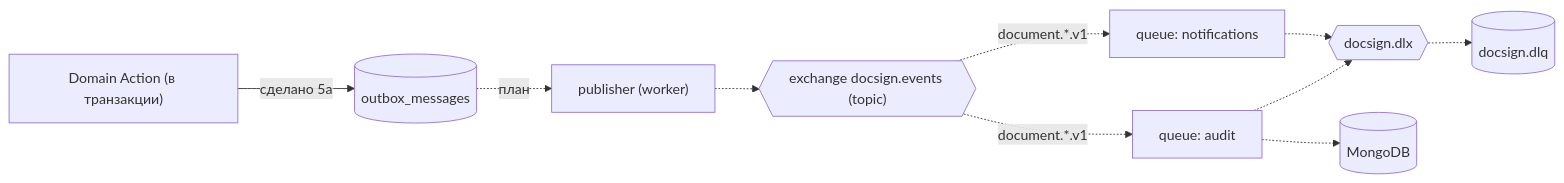
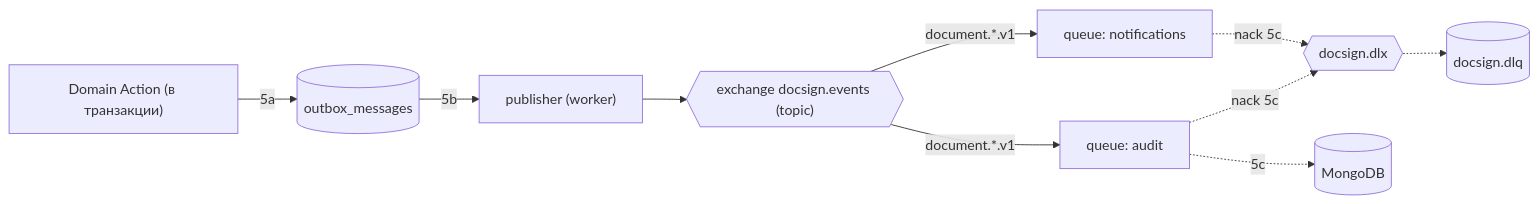
The eighth of 8 diagrams in docs/diagrams.md (azaikina568/docsign-hub), drawn with Mermaid before and after one commit. The commit also changed other lines of this file and 27 other files, not shown here.

First line of the commit message:
feat(messaging): publish outbox events to RabbitMQ with a worker

````diff
--- a/docs/diagrams.md
+++ b/docs/diagrams.md
@@ -284,12 +286,12 @@
 ```mermaid
 flowchart LR
-    action["Domain Action (в транзакции)"] -->|сделано 5a| outbox[("outbox_messages")]
-    outbox -.->|план| publisher["publisher (worker)"]
-    publisher -.-> ex{{"exchange docsign.events (topic)"}}
-    ex -.->|document.*.v1| qn["queue: notifications"]
-    ex -.->|document.*.v1| qa["queue: audit"]
-    qn -.-> dlx{{"docsign.dlx"}}
-    qa -.-> dlx
+    action["Domain Action (в транзакции)"] -->|5a| outbox[("outbox_messages")]
+    outbox -->|5b| publisher["publisher (worker)"]
+    publisher --> ex{{"exchange docsign.events (topic)"}}
+    ex -->|document.*.v1| qn["queue: notifications"]
+    ex -->|document.*.v1| qa["queue: audit"]
+    qn -.->|nack 5c| dlx{{"docsign.dlx"}}
+    qa -.->|nack 5c| dlx
     dlx -.-> dlq[("docsign.dlq")]
-    qa -.-> mongo[("MongoDB")]
+    qa -.->|5c| mongo[("MongoDB")]
 ```
````
